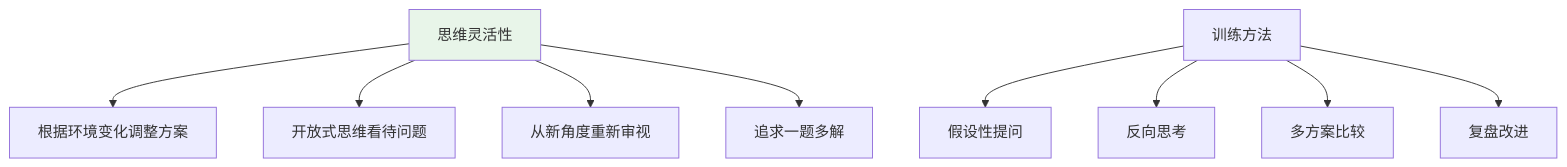
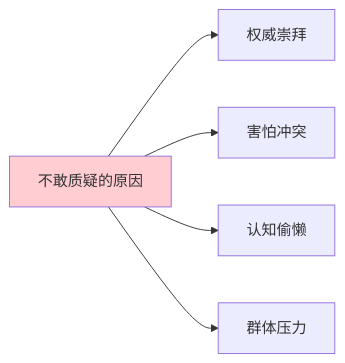
The second of 7 diagrams in 10.打工充平常记录/10.自我精进七课/07.底层思维的训练/7.5质疑精神的分析.md (chongyang211/YCBookBlog), drawn with Mermaid before and after one commit. The commit also changed other lines of this file and 55 other files, not shown here.

````diff
--- a/10.打工充平常记录/10.自我精进七课/07.底层思维的训练/7.5质疑精神的分析.md
+++ b/10.打工充平常记录/10.自我精进七课/07.底层思维的训练/7.5质疑精神的分析.md
@@ -108,12 +78,8 @@
 ```mermaid
-graph TD
-    A[思维灵活性] --> B[根据环境变化调整方案]
-    A --> C[开放式思维看待问题]
-    A --> D[从新角度重新审视]
-    A --> E[追求一题多解]
-    F[训练方法] --> F1[假设性提问]
-    F --> F2[反向思考]
-    F --> F3[多方案比较]
-    F --> F4[复盘改进]
-    style A fill:#e8f5e9
+graph LR
+    A[不敢质疑的原因] --> B[权威崇拜]
+    A --> C[害怕冲突]
+    A --> D[认知偷懒]
+    A --> E[群体压力]
+    style A fill:#ffcdd2
 ```
````
